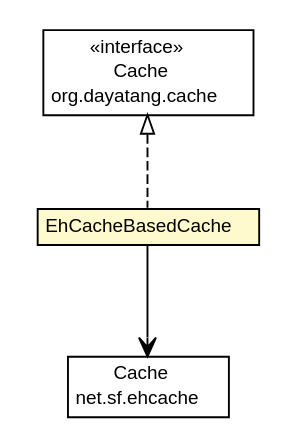
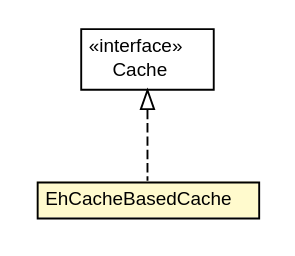
The diagram in dddlib-cache/dddlib-cache-ehcache/apidocs/org/dayatang/cache/ehcache/EhCacheBasedCache.dot (dayatang/dddlib), drawn with Graphviz before and after one commit. The commit also changed 87 other files, not shown here.

```diff
--- a/dddlib-cache/dddlib-cache-ehcache/apidocs/org/dayatang/cache/ehcache/EhCacheBasedCache.dot
+++ b/dddlib-cache/dddlib-cache-ehcache/apidocs/org/dayatang/cache/ehcache/EhCacheBasedCache.dot
@@ -1,37 +1,27 @@
 #!/usr/local/bin/dot
 #
 # Class diagram 
 # Generated by UMLGraph version R5_6_6-8-g8d7759 (http://www.umlgraph.org/)
 #
 
 digraph G {
 	edge [fontname="Helvetica",fontsize=10,labelfontname="Helvetica",labelfontsize=10];
 	node [fontname="Helvetica",fontsize=10,shape=plaintext];
 	nodesep=0.25;
 	ranksep=0.5;
 	// org.dayatang.cache.ehcache.EhCacheBasedCache
-	c18 [label=<<table title="org.dayatang.cache.ehcache.EhCacheBasedCache" border="0" cellborder="1" cellspacing="0" cellpadding="2" port="p" bgcolor="lemonChiffon" href="./EhCacheBasedCache.html">
+	c13 [label=<<table title="org.dayatang.cache.ehcache.EhCacheBasedCache" border="0" cellborder="1" cellspacing="0" cellpadding="2" port="p" bgcolor="lemonChiffon" href="./EhCacheBasedCache.html">
 		<tr><td><table border="0" cellspacing="0" cellpadding="1">
 <tr><td align="center" balign="center"> EhCacheBasedCache </td></tr>
 		</table></td></tr>
 		</table>>, URL="./EhCacheBasedCache.html", fontname="Helvetica", fontcolor="black", fontsize=10.0];
 	//org.dayatang.cache.ehcache.EhCacheBasedCache implements org.dayatang.cache.Cache
-	c19:p -> c18:p [dir=back,arrowtail=empty,style=dashed];
-	// org.dayatang.cache.ehcache.EhCacheBasedCache NAVASSOC net.sf.ehcache.Cache
-	c18:p -> c72:p [taillabel="", label=" "headlabel="", fontname="Helvetica", fontcolor="black", fontsize=10.0, color="black", arrowhead=open];
+	c14:p -> c13:p [dir=back,arrowtail=empty,style=dashed];
 	// org.dayatang.cache.Cache
-	c19 [label=<<table title="org.dayatang.cache.Cache" border="0" cellborder="1" cellspacing="0" cellpadding="2" port="p" href="http://java.sun.com/j2se/1.4.2/docs/api/org/dayatang/cache/Cache.html">
+	c14 [label=<<table title="org.dayatang.cache.Cache" border="0" cellborder="1" cellspacing="0" cellpadding="2" port="p">
 		<tr><td><table border="0" cellspacing="0" cellpadding="1">
 <tr><td align="center" balign="center"> &#171;interface&#187; </td></tr>
 <tr><td align="center" balign="center"> Cache </td></tr>
-<tr><td align="center" balign="center"> org.dayatang.cache </td></tr>
 		</table></td></tr>
-		</table>>, URL="http://java.sun.com/j2se/1.4.2/docs/api/org/dayatang/cache/Cache.html", fontname="Helvetica", fontcolor="black", fontsize=10.0];
-	// net.sf.ehcache.Cache
-	c72 [label=<<table title="net.sf.ehcache.Cache" border="0" cellborder="1" cellspacing="0" cellpadding="2" port="p" href="http://java.sun.com/j2se/1.4.2/docs/api/net/sf/ehcache/Cache.html">
-		<tr><td><table border="0" cellspacing="0" cellpadding="1">
-<tr><td align="center" balign="center"> Cache </td></tr>
-<tr><td align="center" balign="center"> net.sf.ehcache </td></tr>
-		</table></td></tr>
-		</table>>, URL="http://java.sun.com/j2se/1.4.2/docs/api/net/sf/ehcache/Cache.html", fontname="Helvetica", fontcolor="black", fontsize=10.0];
+		</table>>, URL="null", fontname="Helvetica", fontcolor="black", fontsize=10.0];
 }
```
